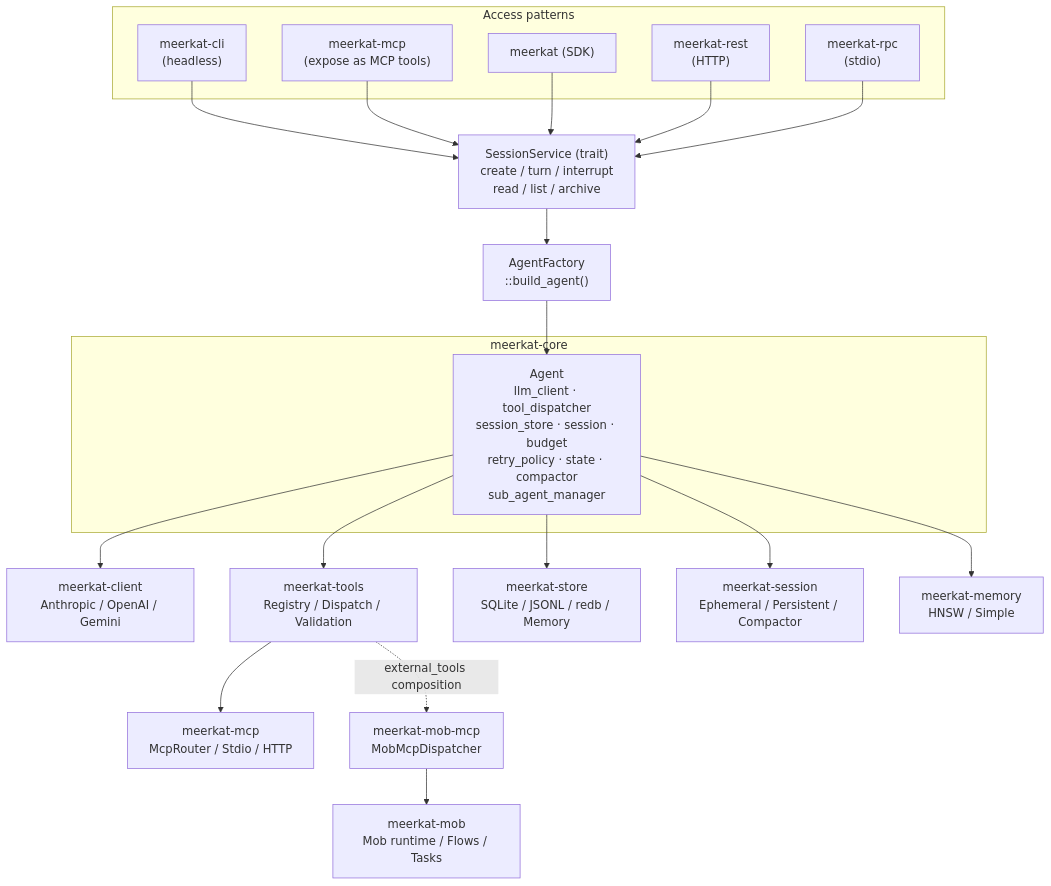
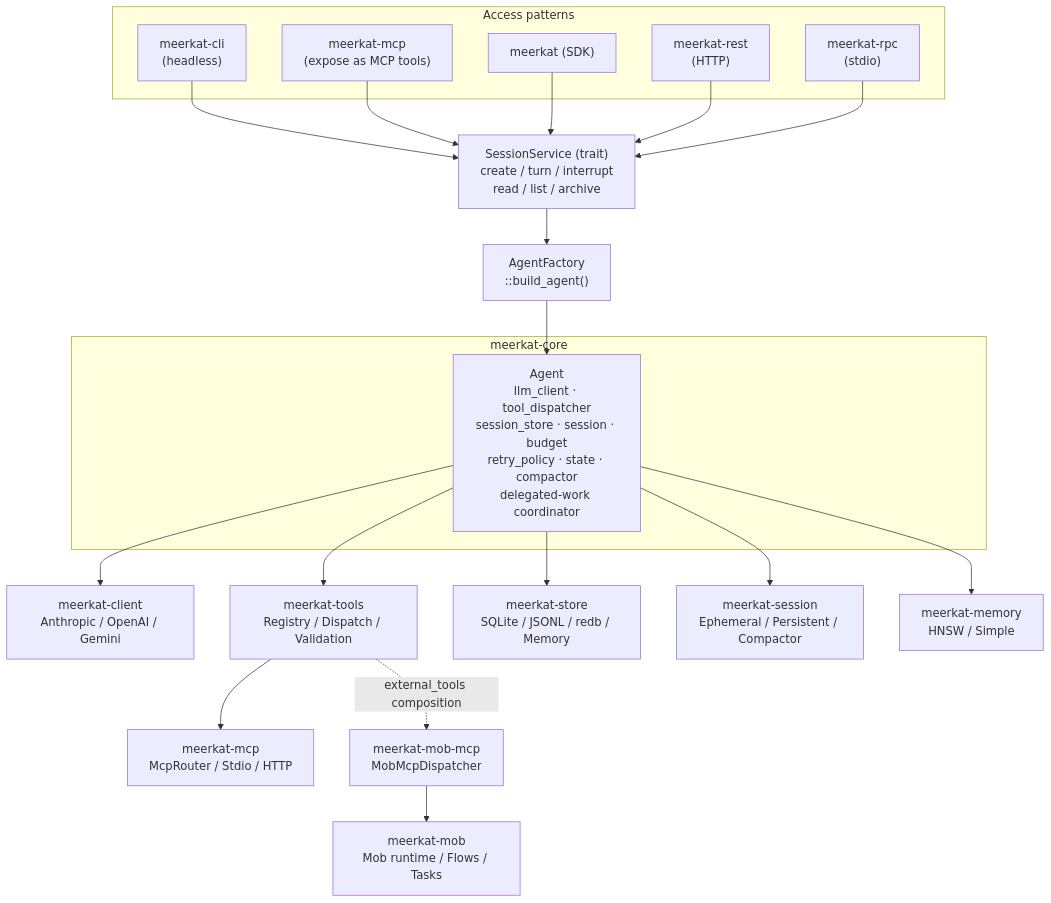
One commit to lukacf/meerkat changed the second of 4 diagrams in docs/reference/architecture.mdx. Above: the diagram before and after it, drawn with Mermaid. The commit also changed other lines of this file and 76 other files, not shown here.

````diff
--- a/docs/reference/architecture.mdx
+++ b/docs/reference/architecture.mdx
@@ -88,44 +88,44 @@
 ```mermaid
 graph TD
     subgraph surfaces["Access patterns"]
         CLI["meerkat-cli<br/>(headless)"]
         MCPS["meerkat-mcp<br/>(expose as MCP tools)"]
         SDK["meerkat (SDK)"]
         REST["meerkat-rest<br/>(HTTP)"]
         RPC["meerkat-rpc<br/>(stdio)"]
     end
 
     SS["SessionService (trait)<br/>create / turn / interrupt<br/>read / list / archive"]
     AF["AgentFactory<br/>::build_agent()"]
 
     CLI --> SS
     MCPS --> SS
     SDK --> SS
     REST --> SS
     RPC --> SS
     SS --> AF
 
     subgraph core["meerkat-core"]
-        AGENT["Agent<br/>llm_client · tool_dispatcher<br/>session_store · session · budget<br/>retry_policy · state · compactor<br/>sub_agent_manager"]
+        AGENT["Agent<br/>llm_client · tool_dispatcher<br/>session_store · session · budget<br/>retry_policy · state · compactor<br/>delegated-work coordinator"]
     end
 
     AF --> AGENT
 
     CLIENT["meerkat-client<br/>Anthropic / OpenAI / Gemini"]
     TOOLS["meerkat-tools<br/>Registry / Dispatch / Validation"]
     STORE["meerkat-store<br/>SQLite / JSONL / redb / Memory"]
     SESSION["meerkat-session<br/>Ephemeral / Persistent / Compactor"]
     MEMORY["meerkat-memory<br/>HNSW / Simple"]
     MCP["meerkat-mcp<br/>McpRouter / Stdio / HTTP"]
     MOB["meerkat-mob<br/>Mob runtime / Flows / Tasks"]
     MOBMCP["meerkat-mob-mcp<br/>MobMcpDispatcher"]
 
     AGENT --> CLIENT
     AGENT --> TOOLS
     AGENT --> STORE
     AGENT --> SESSION
     AGENT --> MEMORY
     TOOLS --> MCP
     MOBMCP --> MOB
     TOOLS -.->|external_tools composition| MOBMCP
 ```
````
